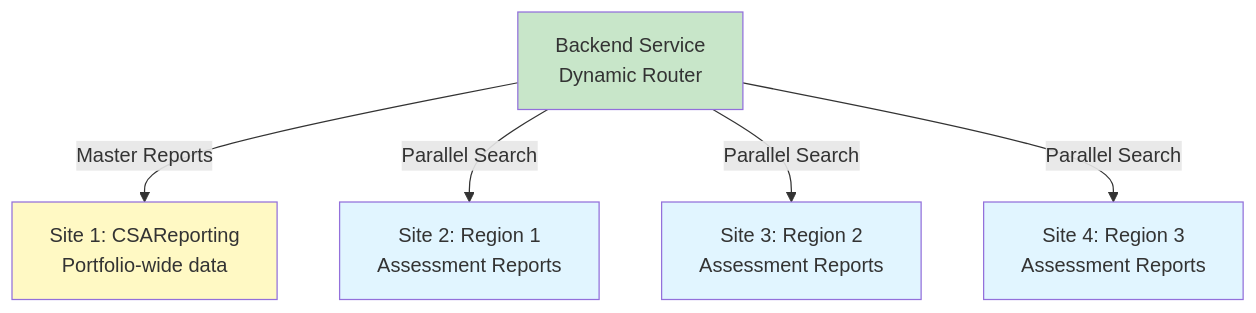
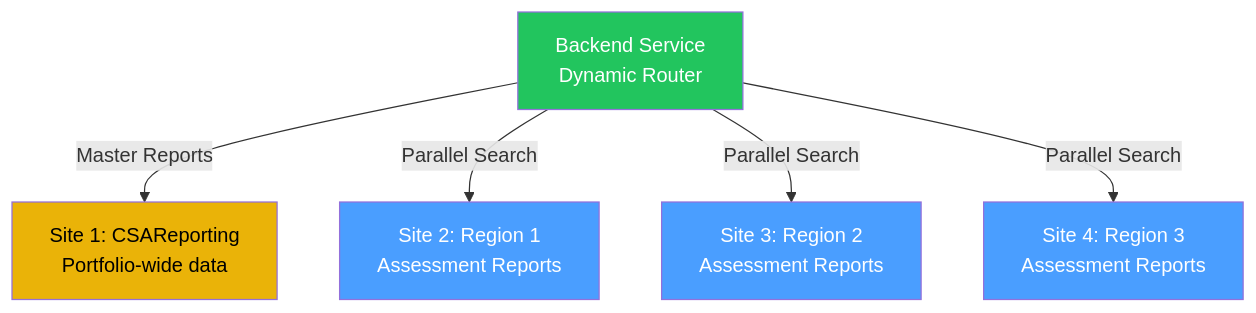
One commit to sKumaraguru/apptio-bobathon-2026-finbob-mcp-server changed the sixth of 6 diagrams in README.md. Above: the diagram before and after it, drawn with Mermaid. The commit also changed other lines of this file, not shown here.

Commit message:
docs: Update color scheme of the diagrams in README

````diff
--- a/README.md
+++ b/README.md
@@ -302,15 +302,15 @@
 ```mermaid
 graph TB
     BE[Backend Service<br/>Dynamic Router]
 
     BE -->|Master Reports| S1[Site 1: CSAReporting<br/>Portfolio-wide data]
     BE -->|Parallel Search| S2[Site 2: Region 1<br/>Assessment Reports]
     BE -->|Parallel Search| S3[Site 3: Region 2<br/>Assessment Reports]
     BE -->|Parallel Search| S4[Site 4: Region 3<br/>Assessment Reports]
 
-    style BE fill:#c8e6c9
-    style S1 fill:#fff9c4
-    style S2 fill:#e1f5ff
-    style S3 fill:#e1f5ff
-    style S4 fill:#e1f5ff
+    style BE fill:#22c55e,color:#fff
+    style S1 fill:#eab308,color:#000
+    style S2 fill:#4a9eff,color:#fff
+    style S3 fill:#4a9eff,color:#fff
+    style S4 fill:#4a9eff,color:#fff
 ```
````
